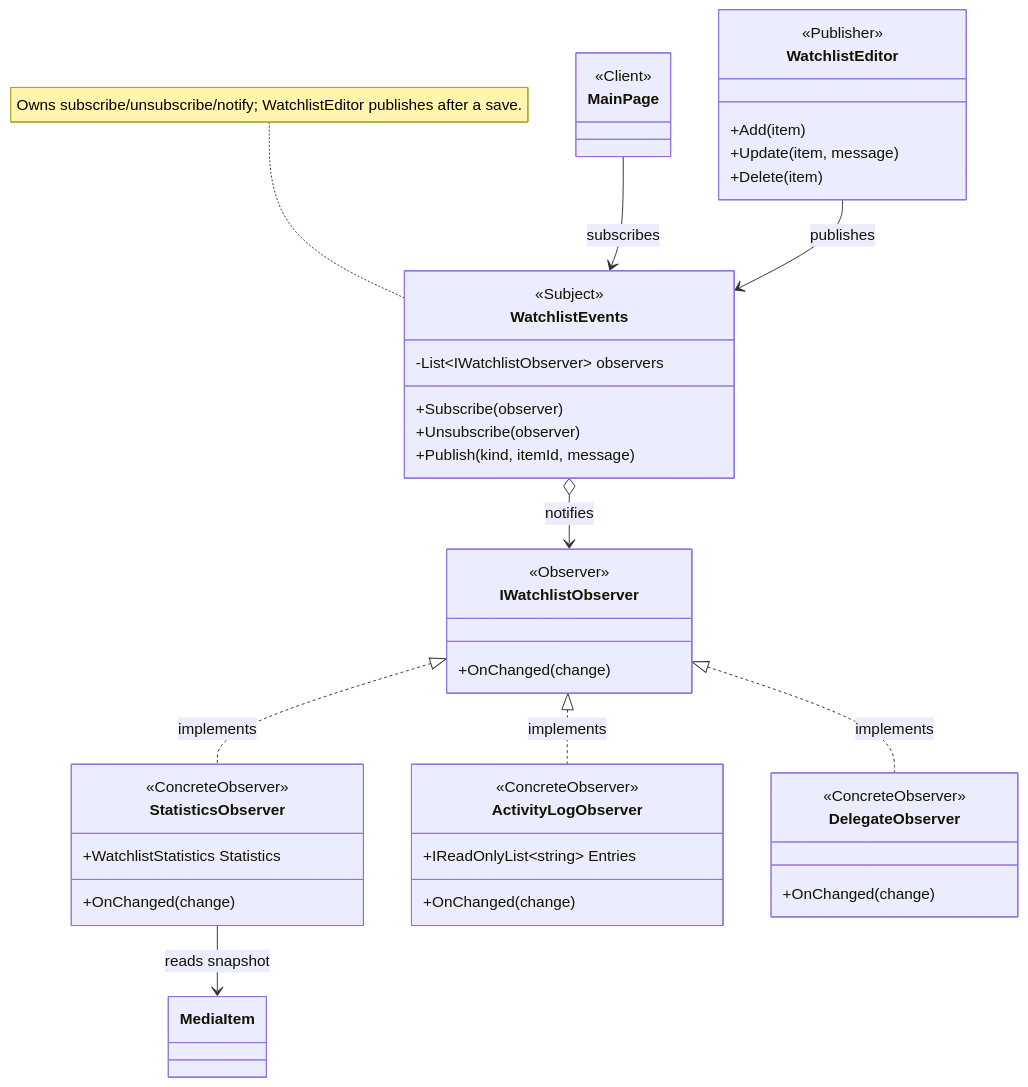
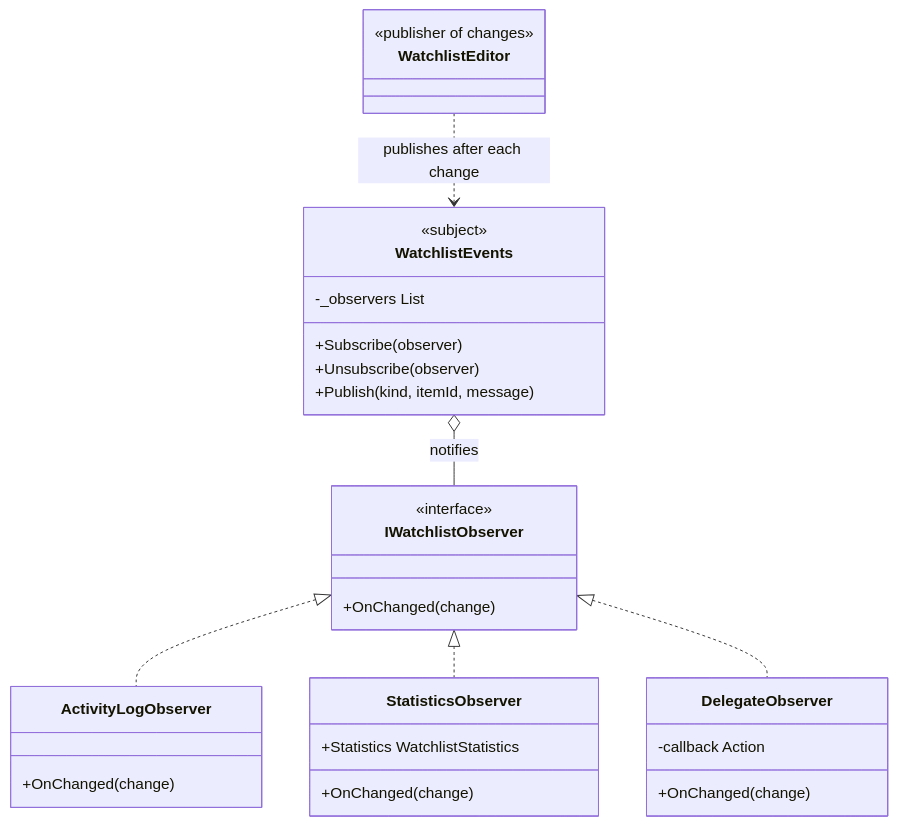
One commit to Prince-of-Nothing/TMPS-Labs changed the second of 4 diagrams in Reports/Lab3.md. Above: the diagram before and after it, drawn with Mermaid. The commit also changed other lines of this file and 4 other files, not shown here.

````diff
--- a/Reports/Lab3.md
+++ b/Reports/Lab3.md
@@ -332,46 +194,34 @@
 ```mermaid
 classDiagram
-direction TB
-class MainPage {
-  <<Client>>
-}
-class WatchlistEditor {
-  <<Publisher>>
-  +Add(item)
-  +Update(item, message)
-  +Delete(item)
-}
-class WatchlistEvents {
-  <<Subject>>
-  -List~IWatchlistObserver~ observers
-  +Subscribe(observer)
-  +Unsubscribe(observer)
-  +Publish(kind, itemId, message)
-}
-class IWatchlistObserver {
-  <<Observer>>
-  +OnChanged(change)
-}
-class StatisticsObserver {
-  <<ConcreteObserver>>
-  +WatchlistStatistics Statistics
-  +OnChanged(change)
-}
-class ActivityLogObserver {
-  <<ConcreteObserver>>
-  +IReadOnlyList~string~ Entries
-  +OnChanged(change)
-}
-class DelegateObserver {
-  <<ConcreteObserver>>
-  +OnChanged(change)
-}
-MainPage --> WatchlistEvents : subscribes
-WatchlistEditor --> WatchlistEvents : publishes
-WatchlistEvents o--> IWatchlistObserver : notifies
-IWatchlistObserver <|.. StatisticsObserver : implements
-IWatchlistObserver <|.. ActivityLogObserver : implements
-IWatchlistObserver <|.. DelegateObserver : implements
-StatisticsObserver --> MediaItem : reads snapshot
-note for WatchlistEvents "Owns subscribe/unsubscribe/notify; WatchlistEditor publishes after a save."
+    direction TB
+    class WatchlistEvents {
+        <<subject>>
+        -_observers List
+        +Subscribe(observer)
+        +Unsubscribe(observer)
+        +Publish(kind, itemId, message)
+    }
+    class IWatchlistObserver {
+        <<interface>>
+        +OnChanged(change)
+    }
+    class ActivityLogObserver {
+        +OnChanged(change)
+    }
+    class StatisticsObserver {
+        +Statistics WatchlistStatistics
+        +OnChanged(change)
+    }
+    class DelegateObserver {
+        -callback Action
+        +OnChanged(change)
+    }
+    class WatchlistEditor {
+        <<publisher of changes>>
+    }
+    WatchlistEvents o-- IWatchlistObserver : notifies
+    IWatchlistObserver <|.. ActivityLogObserver
+    IWatchlistObserver <|.. StatisticsObserver
+    IWatchlistObserver <|.. DelegateObserver
+    WatchlistEditor ..> WatchlistEvents : publishes after each change
 ```
````
